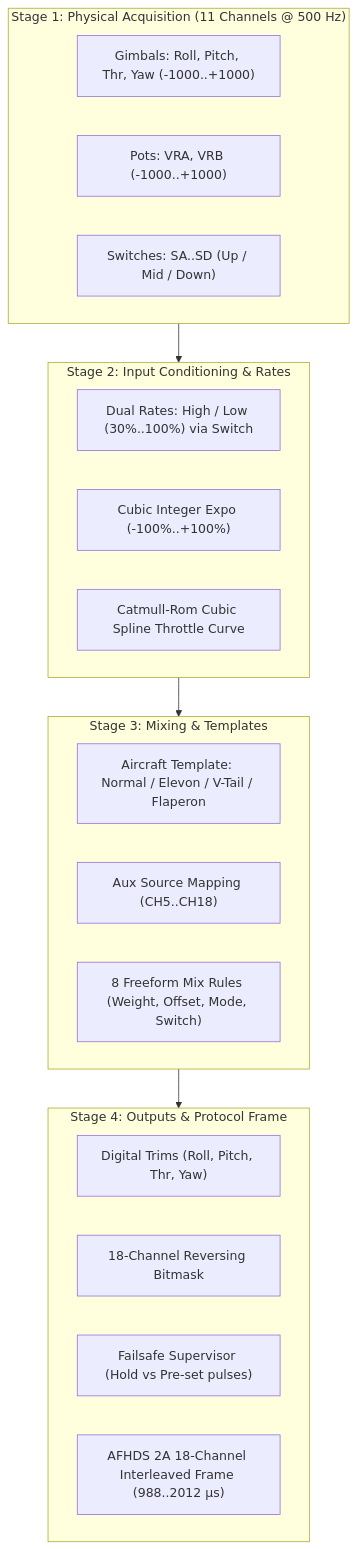
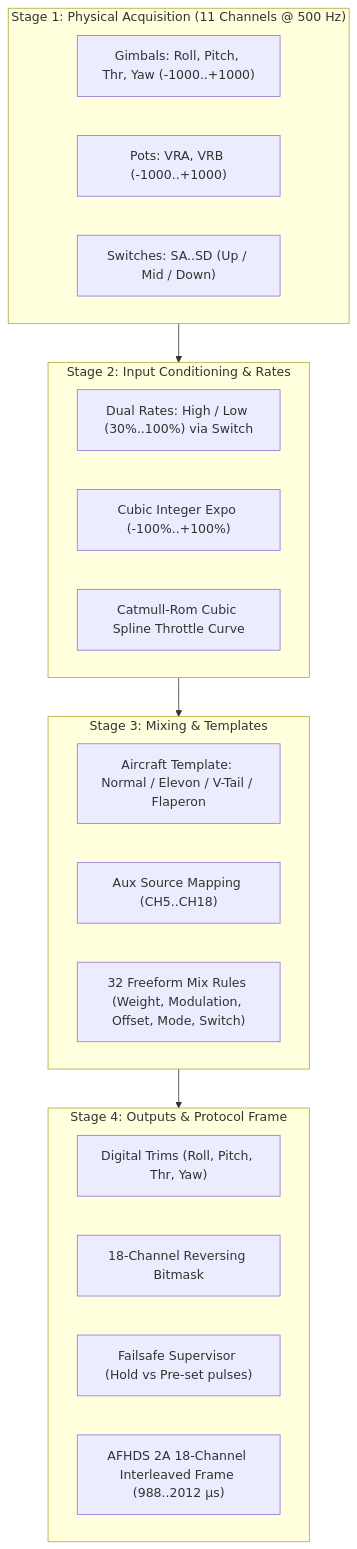
The diagram in docs/MIXER.md (ferrox-rc/flysky-i6x-rs), drawn with Mermaid before and after one commit. The commit also changed other lines of this file and 5 other files, not shown here.

Commit message:
docs: update mixer, user guide, architecture, and storage specs for 32 mixers and 17-pt curves

````diff
--- a/docs/MIXER.md
+++ b/docs/MIXER.md
@@ -11,29 +11,29 @@
 ```mermaid
 flowchart TD
     subgraph S1 ["Stage 1: Physical Acquisition (11 Channels @ 500 Hz)"]
         GIM["Gimbals: Roll, Pitch, Thr, Yaw (-1000..+1000)"]
         POTS["Pots: VRA, VRB (-1000..+1000)"]
         SW["Switches: SA..SD (Up / Mid / Down)"]
     end
 
     subgraph S2 ["Stage 2: Input Conditioning & Rates"]
         DR["Dual Rates: High / Low (30%..100%) via Switch"]
         EXPO["Cubic Integer Expo (-100%..+100%)"]
         TC["Catmull-Rom Cubic Spline Throttle Curve"]
     end
 
     subgraph S3 ["Stage 3: Mixing & Templates"]
         TPL["Aircraft Template: Normal / Elevon / V-Tail / Flaperon"]
         AUX["Aux Source Mapping (CH5..CH18)"]
-        MIX["8 Freeform Mix Rules (Weight, Offset, Mode, Switch)"]
+        MIX["32 Freeform Mix Rules (Weight, Modulation, Offset, Mode, Switch)"]
     end
 
     subgraph S4 ["Stage 4: Outputs & Protocol Frame"]
         TRIM["Digital Trims (Roll, Pitch, Thr, Yaw)"]
         REV["18-Channel Reversing Bitmask"]
         FAIL["Failsafe Supervisor (Hold vs Pre-set pulses)"]
         RF["AFHDS 2A 18-Channel Interleaved Frame (988..2012 µs)"]
     end
 
     S1 --> S2 --> S3 --> S4
 ```
````
